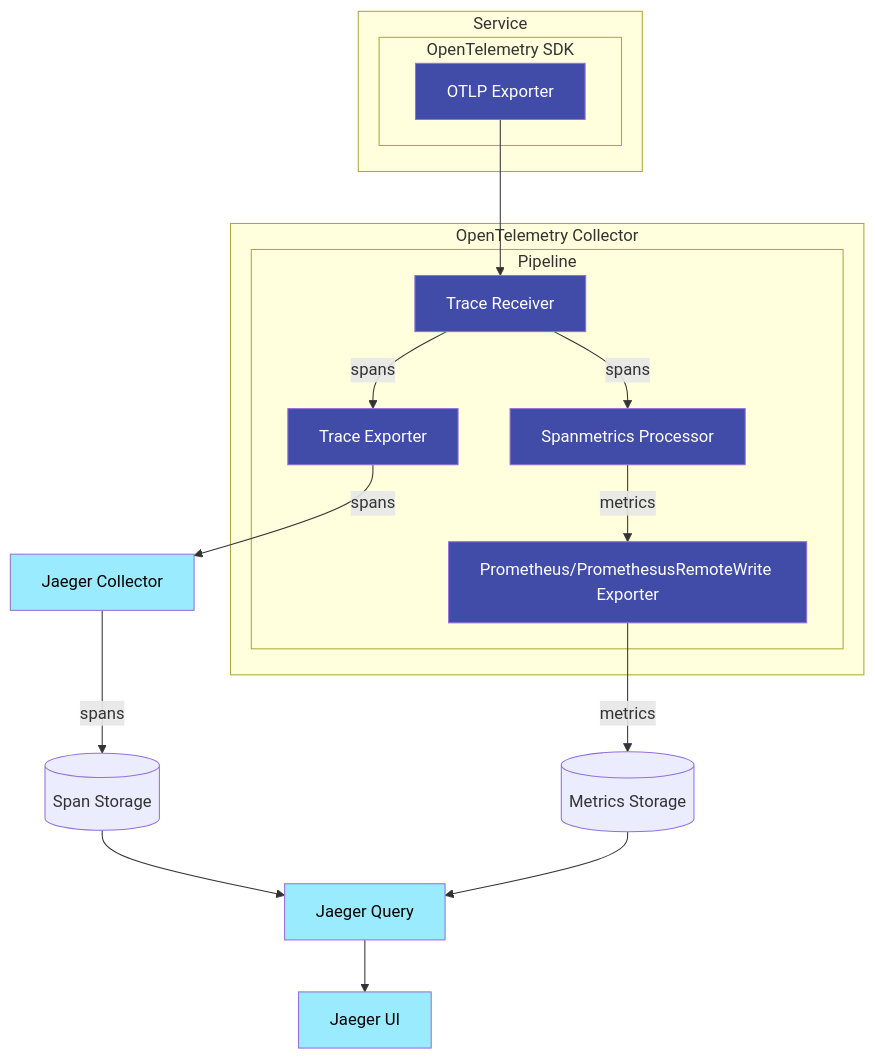
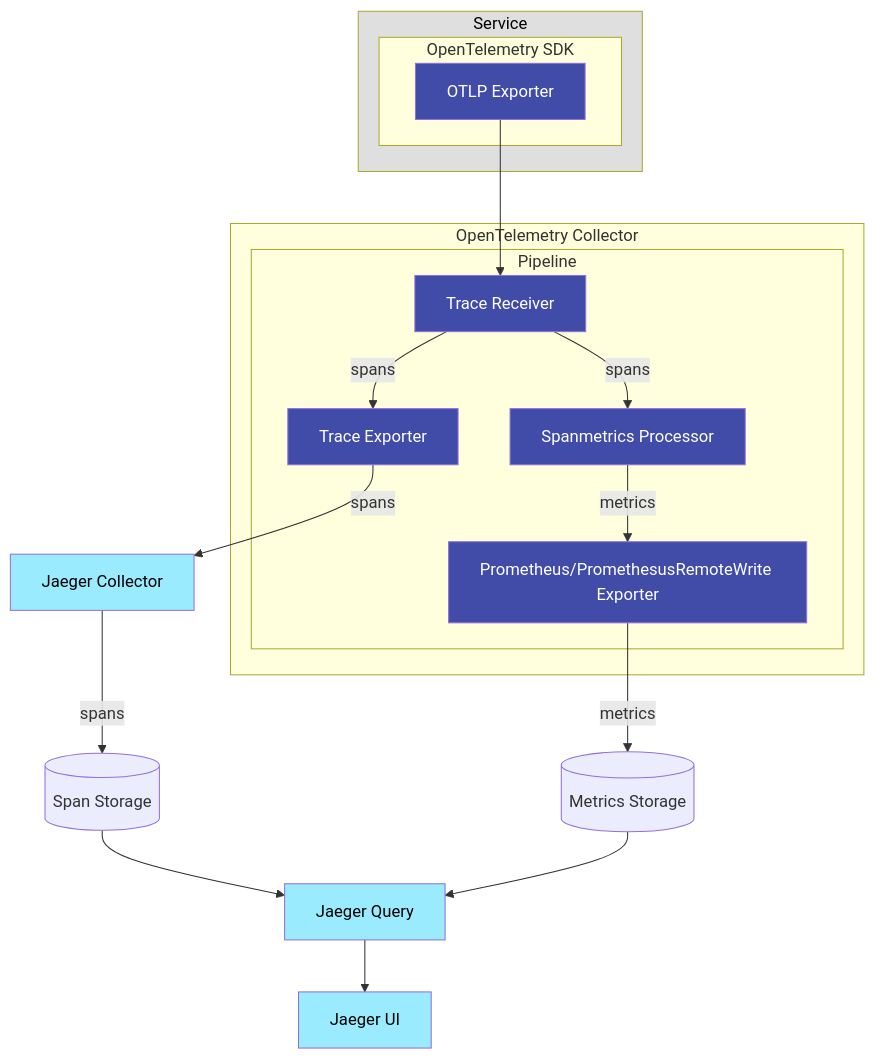
One commit to jaegertracing/documentation changed the diagram in content/docs/next-release/spm.md. Above: the diagram before and after it, drawn with Mermaid.

Commit message:
Grey service box

```diff
--- a/content/docs/next-release/spm.md
+++ b/content/docs/next-release/spm.md
@@ -70,40 +70,42 @@
 {{<mermaid align="center">}}
 graph
     OTLP_EXPORTER[OTLP Exporter] --> TRACE_RECEIVER
 
     subgraph Service
         subgraph OpenTelemetry SDK
             OTLP_EXPORTER
         end
     end
 
     TRACE_RECEIVER[Trace Receiver] --> |spans| SPANMETRICS_PROC[Spanmetrics Processor]
     TRACE_RECEIVER --> |spans| TRACE_EXPORTER[Trace Exporter]
     TRACE_EXPORTER --> |spans| COLLECTOR[Jaeger Collector]
     SPANMETRICS_PROC --> |metrics| PROMETHEUS_EXPORTER[Prometheus/PromethesusRemoteWrite Exporter]
     PROMETHEUS_EXPORTER --> |metrics| METRICS_STORE[(Metrics Storage)]
 
     COLLECTOR --> |spans| SPAN_STORE[(Span Storage)]
     SPAN_STORE --> QUERY[Jaeger Query]
     METRICS_STORE --> QUERY
     QUERY --> UI[Jaeger UI]
 
     subgraph OpenTelemetry Collector
         subgraph Pipeline
             TRACE_RECEIVER
             SPANMETRICS_PROC
             TRACE_EXPORTER
             PROMETHEUS_EXPORTER
         end
     end
 
+    style Service fill:#DFDFDF,color:black
+
+    style OTLP_EXPORTER fill:#404CA8,color:white
+    style TRACE_RECEIVER fill:#404CA8,color:white
+    style TRACE_EXPORTER fill:#404CA8,color:white
+    style SPANMETRICS_PROC fill:#404CA8,color:white
+    style PROMETHEUS_EXPORTER fill:#404CA8,color:white
+
     style UI fill:#9AEBFE,color:black
     style QUERY fill:#9AEBFE,color:black
     style COLLECTOR fill:#9AEBFE,color:black
-
-    style OTLP_EXPORTER fill:#404ca8,color:white
-    style TRACE_RECEIVER fill:#404ca8,color:white
-    style TRACE_EXPORTER fill:#404ca8,color:white
-    style SPANMETRICS_PROC fill:#404ca8,color:white
-    style PROMETHEUS_EXPORTER fill:#404ca8,color:white
 {{< /mermaid >}}
```
